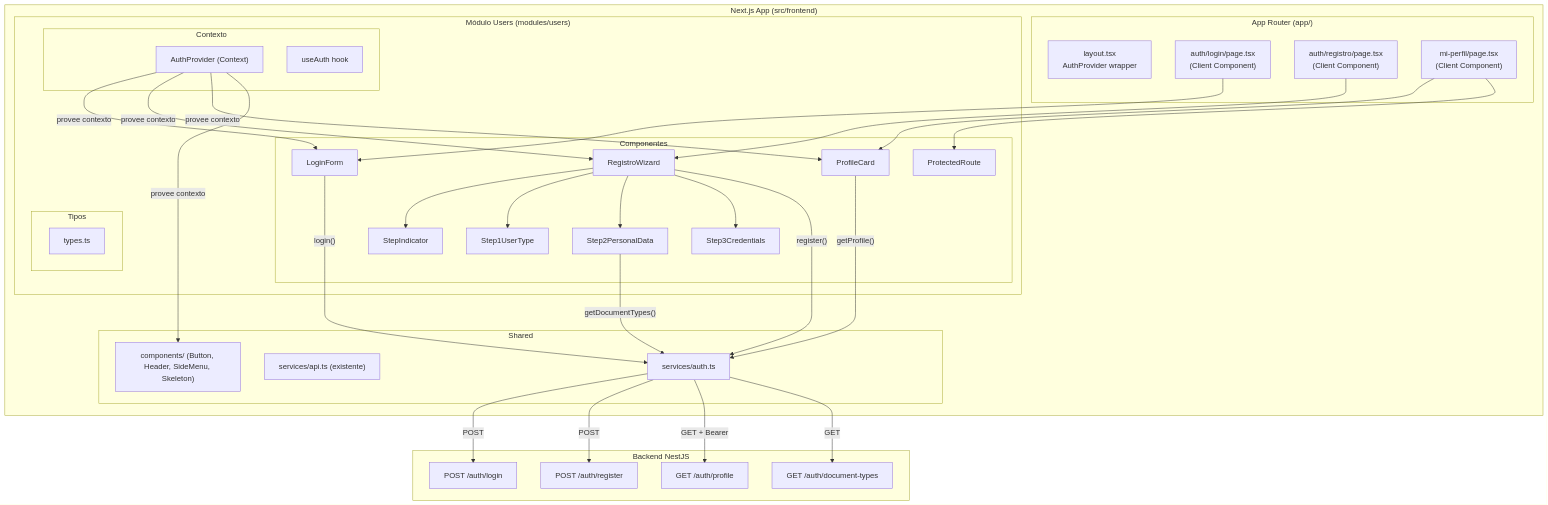
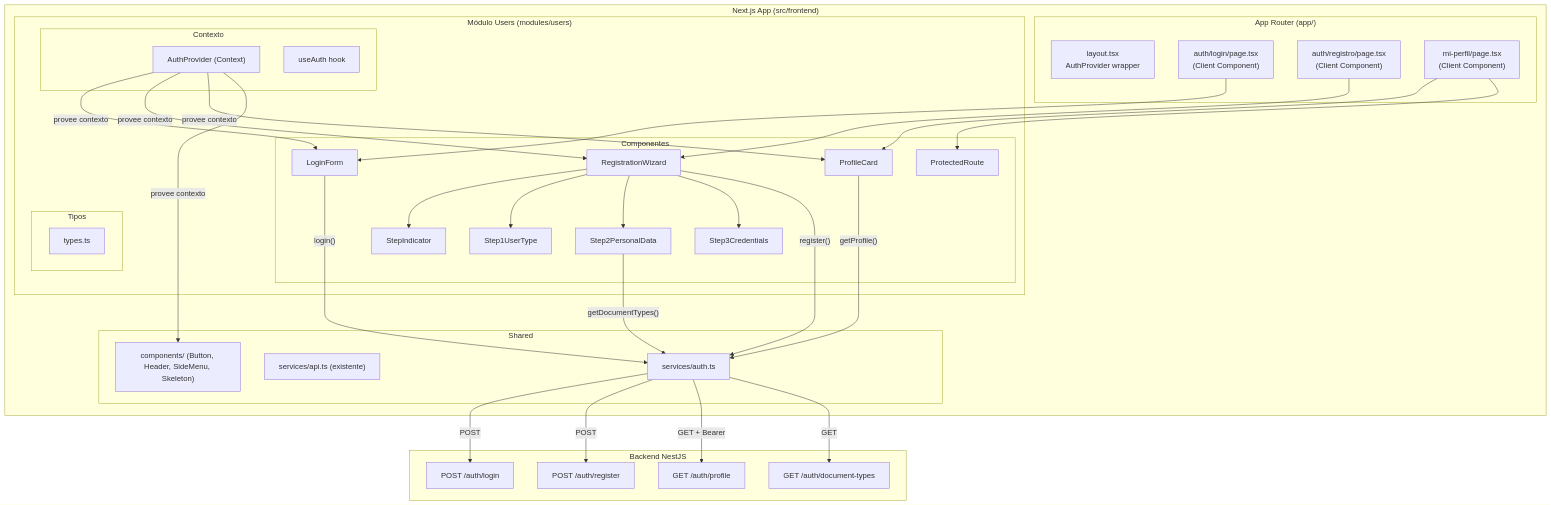
The first of 4 diagrams in .kiro/specs/users-auth-frontend/design.md (JAVegaG/PuenteHogar), drawn with Mermaid before and after one commit. The commit also changed other lines of this file and 1 other file, not shown here.

Commit message:
docs(specs): update users-auth-frontend spec — mark tasks complete, fix naming to English

````diff
--- a/.kiro/specs/users-auth-frontend/design.md
+++ b/.kiro/specs/users-auth-frontend/design.md
@@ -32,68 +33,68 @@
 ```mermaid
 graph TB
     subgraph "Next.js App (src/frontend)"
         subgraph "App Router (app/)"
             Layout["layout.tsx<br/>AuthProvider wrapper"]
             LoginPage["auth/login/page.tsx<br/>(Client Component)"]
-            RegistroPage["auth/registro/page.tsx<br/>(Client Component)"]
+            RegisterPage["auth/registro/page.tsx<br/>(Client Component)"]
             PerfilPage["mi-perfil/page.tsx<br/>(Client Component)"]
         end
 
         subgraph "Módulo Users (modules/users)"
             subgraph "Componentes"
                 LoginForm["LoginForm"]
-                RegistroWizard["RegistroWizard"]
+                RegistrationWizard["RegistrationWizard"]
                 StepIndicator["StepIndicator"]
                 Step1UserType["Step1UserType"]
                 Step2PersonalData["Step2PersonalData"]
                 Step3Credentials["Step3Credentials"]
                 ProfileCard["ProfileCard"]
                 ProtectedRoute["ProtectedRoute"]
             end
             subgraph "Contexto"
                 AuthProvider["AuthProvider (Context)"]
                 UseAuth["useAuth hook"]
             end
             subgraph "Tipos"
                 UserTypes["types.ts"]
             end
         end
 
         subgraph "Shared"
             AuthService["services/auth.ts"]
             APIService["services/api.ts (existente)"]
             SharedUI["components/ (Button, Header, SideMenu, Skeleton)"]
         end
     end
 
     subgraph "Backend NestJS"
         LoginEndpoint["POST /auth/login"]
         RegisterEndpoint["POST /auth/register"]
         ProfileEndpoint["GET /auth/profile"]
         DocTypesEndpoint["GET /auth/document-types"]
     end
 
     LoginPage --> LoginForm
-    RegistroPage --> RegistroWizard
-    RegistroWizard --> StepIndicator
-    RegistroWizard --> Step1UserType
-    RegistroWizard --> Step2PersonalData
-    RegistroWizard --> Step3Credentials
+    RegisterPage --> RegistrationWizard
+    RegistrationWizard --> StepIndicator
+    RegistrationWizard --> Step1UserType
+    RegistrationWizard --> Step2PersonalData
+    RegistrationWizard --> Step3Credentials
     PerfilPage --> ProfileCard
     PerfilPage --> ProtectedRoute
 
     LoginForm -->|"login()"| AuthService
-    RegistroWizard -->|"register()"| AuthService
+    RegistrationWizard -->|"register()"| AuthService
     ProfileCard -->|"getProfile()"| AuthService
     Step2PersonalData -->|"getDocumentTypes()"| AuthService
 
     AuthService -->|"POST"| LoginEndpoint
     AuthService -->|"POST"| RegisterEndpoint
     AuthService -->|"GET + Bearer"| ProfileEndpoint
     AuthService -->|"GET"| DocTypesEndpoint
 
     AuthProvider -->|"provee contexto"| LoginForm
-    AuthProvider -->|"provee contexto"| RegistroWizard
+    AuthProvider -->|"provee contexto"| RegistrationWizard
     AuthProvider -->|"provee contexto"| ProfileCard
     AuthProvider -->|"provee contexto"| SharedUI
 ```
````
